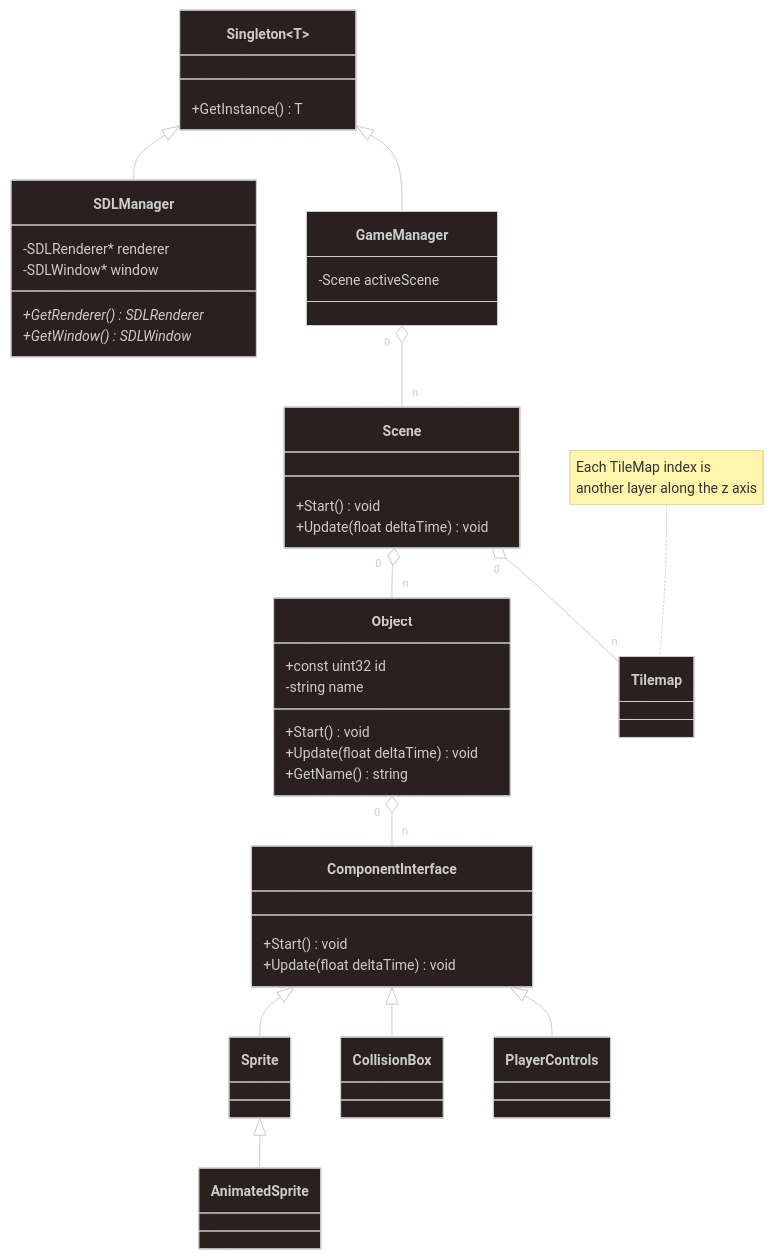
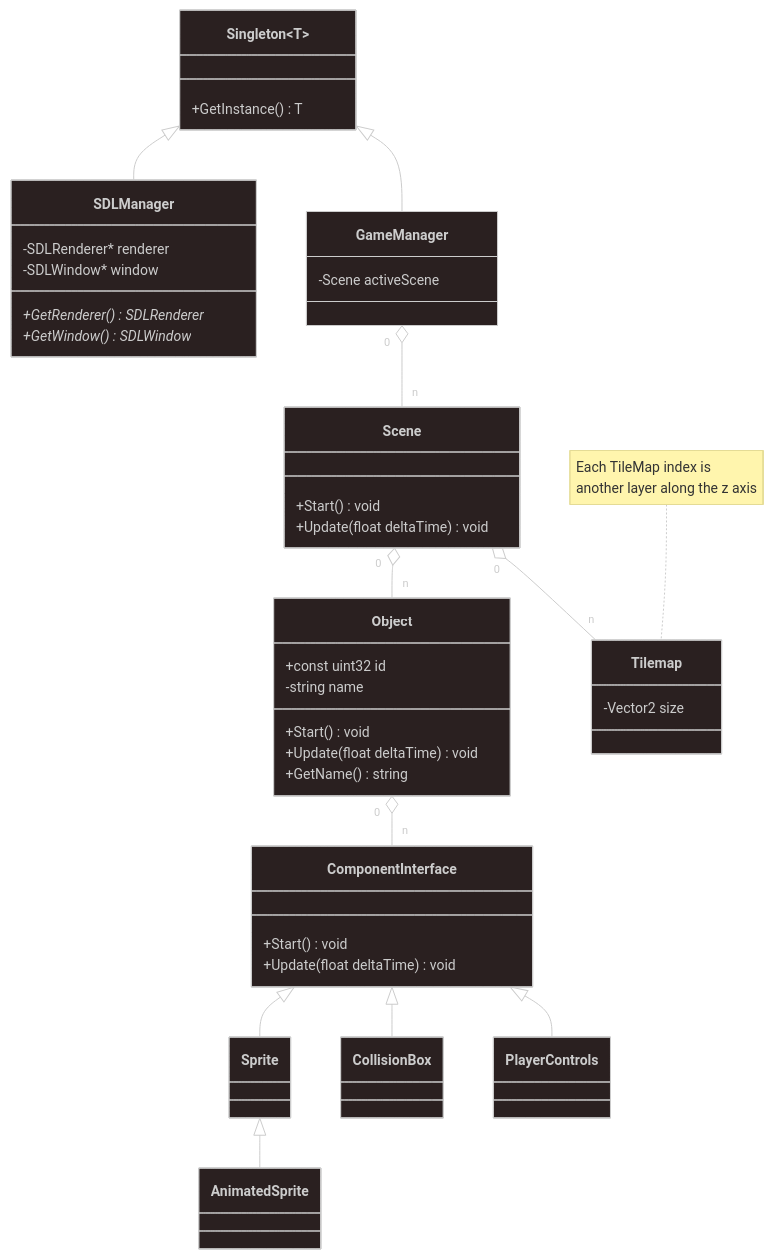
One commit to Askbackwards2/Jerod2DGameEngine changed the diagram in diagrams/Jerod2DEngine.mmd. Above: the diagram before and after it, drawn with Mermaid.

Commit message:
Updated Diagram

```diff
--- a/diagrams/Jerod2DEngine.mmd
+++ b/diagrams/Jerod2DEngine.mmd
@@ -1,57 +1,58 @@
 ---
 config:
   theme: neo-dark
   layout: dagre
 ---
 classDiagram
 direction TB
     class ComponentInterface {
 	    +Start() void
 	    +Update(float deltaTime) void
     }
     class Singleton~T~ {
 	    +GetInstance() T
     }
     class GameManager {
 	    -Scene activeScene
     }
     class Scene {
 	    +Start() void
 	    +Update(float deltaTime) void
     }
     class Object {
 	    +const uint32 id
 	    -string name
 	    +Start() void
 	    +Update(float deltaTime) void
 	    +GetName() string
     }
     class Sprite {
     }
     class AnimatedSprite {
     }
     class SDLManager {
 	    -SDLRenderer* renderer
 	    -SDLWindow* window
 	    +GetRenderer() SDLRenderer*
 	    +GetWindow() SDLWindow*
     }
     class CollisionBox {
     }
     class PlayerControls {
     }
     class Tilemap {
+      -Vector2 size
     }
 
 	note for Tilemap "Each TileMap index is <br/>another layer along the z axis"
 
     Singleton <|-- SDLManager
     Singleton <|-- GameManager
     ComponentInterface <|-- Sprite
     ComponentInterface <|-- CollisionBox
     ComponentInterface <|-- PlayerControls
     Sprite <|-- AnimatedSprite
     Object "0" o-- "n" ComponentInterface
     Scene "0" o-- "n" Object
     GameManager "0" o-- "n" Scene
     Scene "0" o-- "n" Tilemap
```
